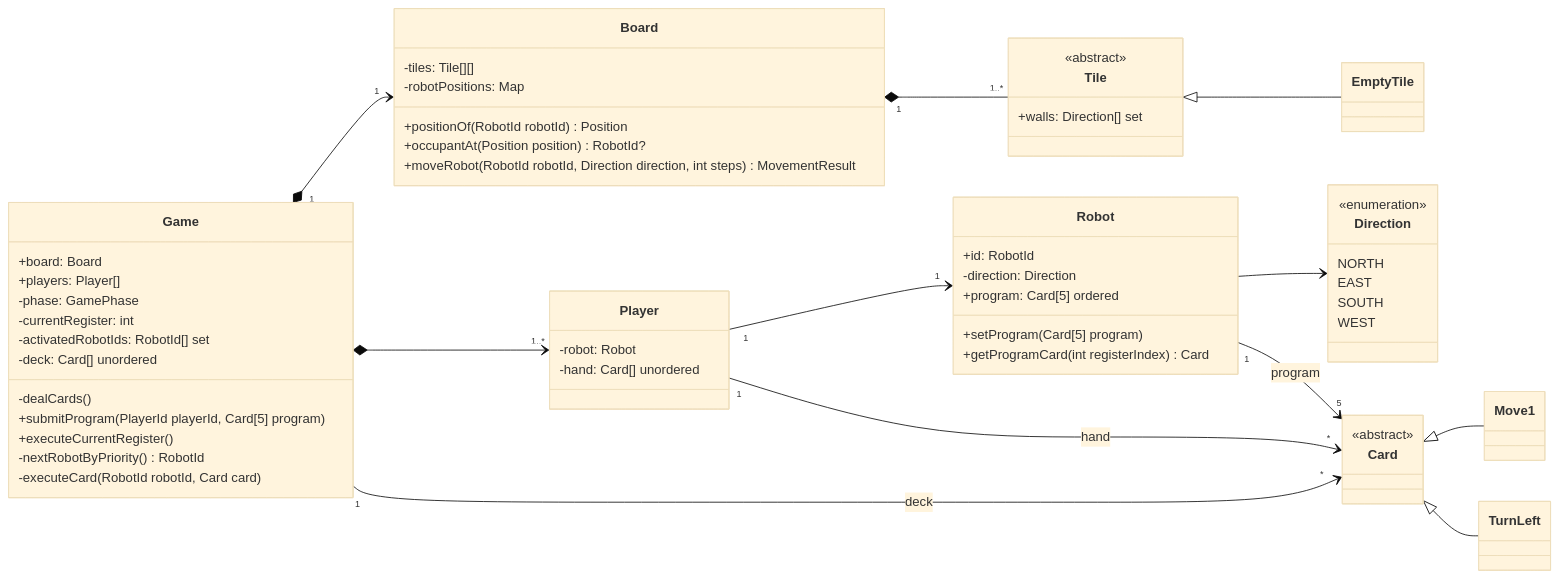
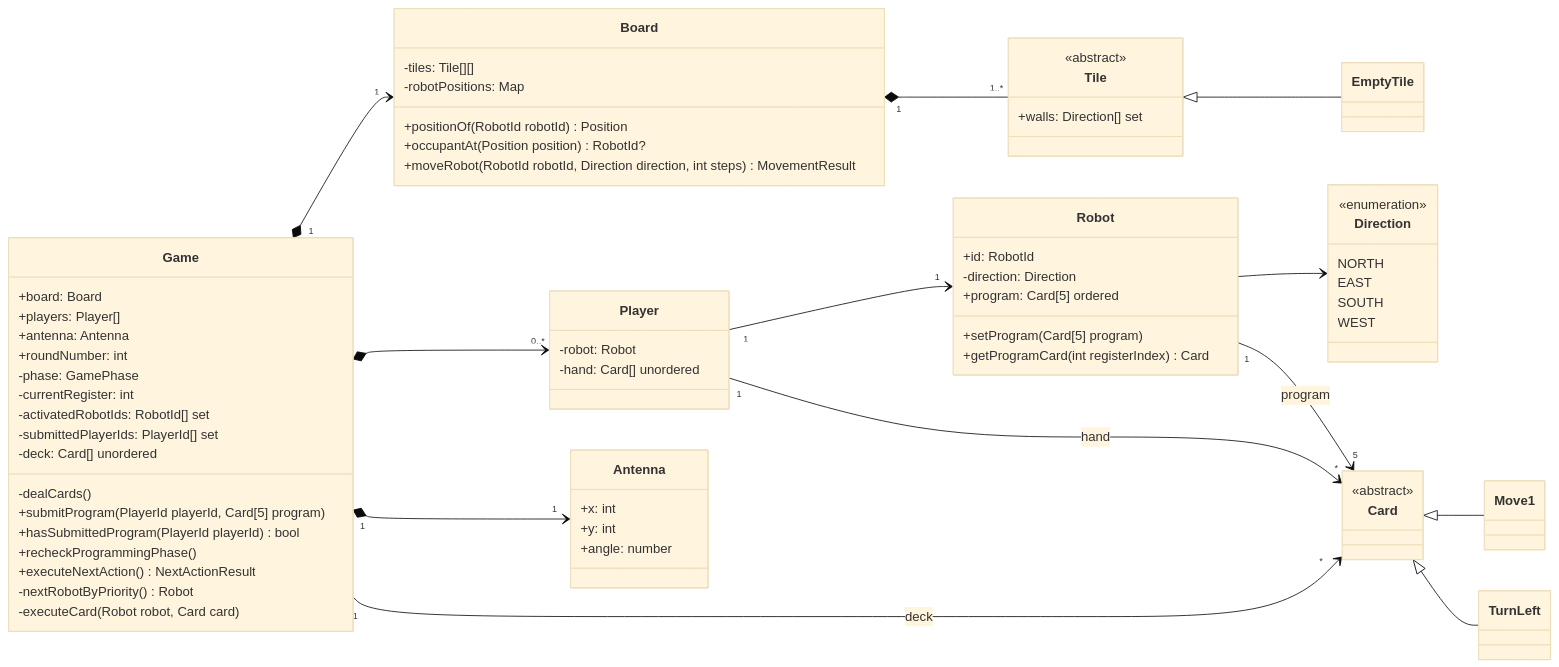
The diagram in docs/game_model_UML.md (hananinas/RoboRally), drawn with Mermaid (base theme) before and after one commit. The commit also changed other lines of this file and 2 other files, not shown here.

```diff
--- a/docs/game_model_UML.md
+++ b/docs/game_model_UML.md
@@ -8,15 +8,26 @@
         class Game {
         +board: Board
         +players: Player[]
+        +antenna: Antenna
+        +roundNumber: int
         -phase: GamePhase
         -currentRegister: int
         -activatedRobotIds: RobotId[] set
+        -submittedPlayerIds: PlayerId[] set
         -deck: Card[] unordered
         -dealCards()
         +submitProgram(PlayerId playerId, Card[5] program)
-        +executeCurrentRegister()
-        -nextRobotByPriority() RobotId
-        -executeCard(RobotId robotId, Card card)
+        +hasSubmittedProgram(PlayerId playerId) bool
+        +recheckProgrammingPhase()
+        +executeNextAction() NextActionResult
+        -nextRobotByPriority() Robot
+        -executeCard(Robot robot, Card card)
+        }
+
+        class Antenna {
+        +x: int
+        +y: int
+        +angle: number
         }
 
         class Board {
@@ -63,7 +74,8 @@
         class TurnLeft
 
         Game "1" *--> "1" Board
-        Game *--> "1..*" Player
+        Game *--> "0..*" Player
+        Game "1" *--> "1" Antenna
         Board "1" *-- "1..*" Tile
 
         Robot --> Direction
```
